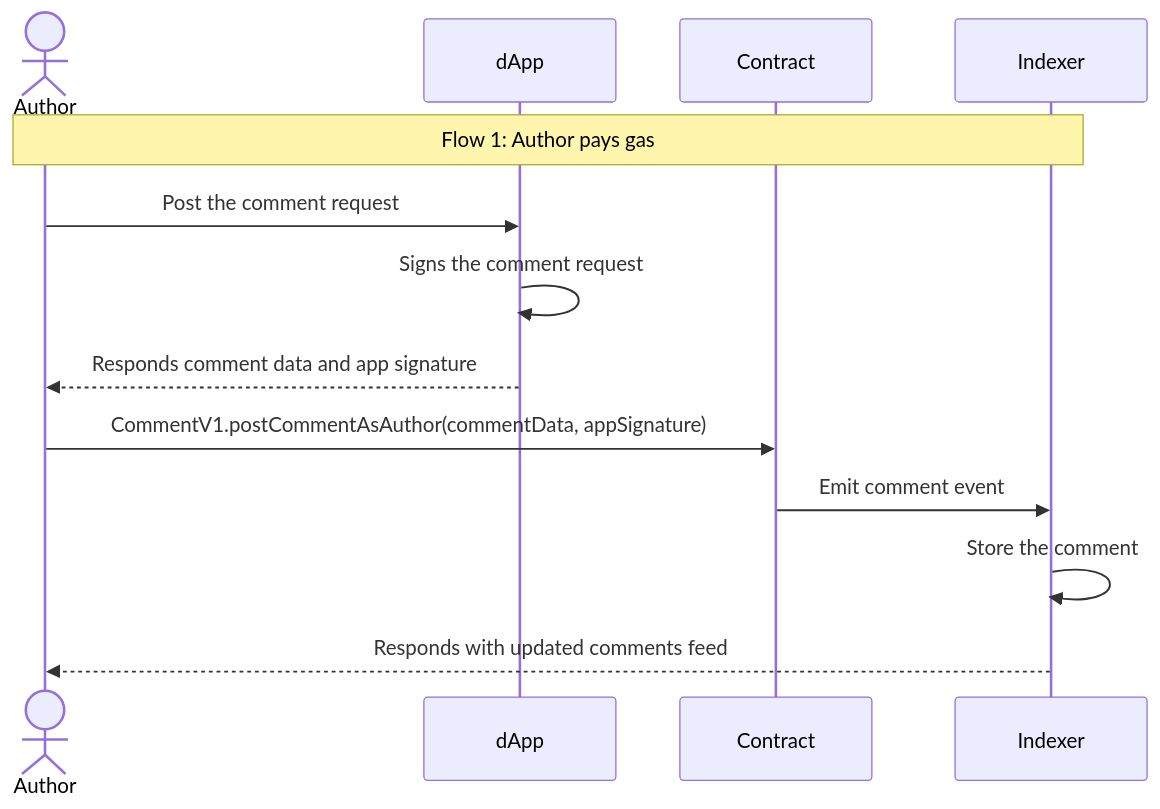
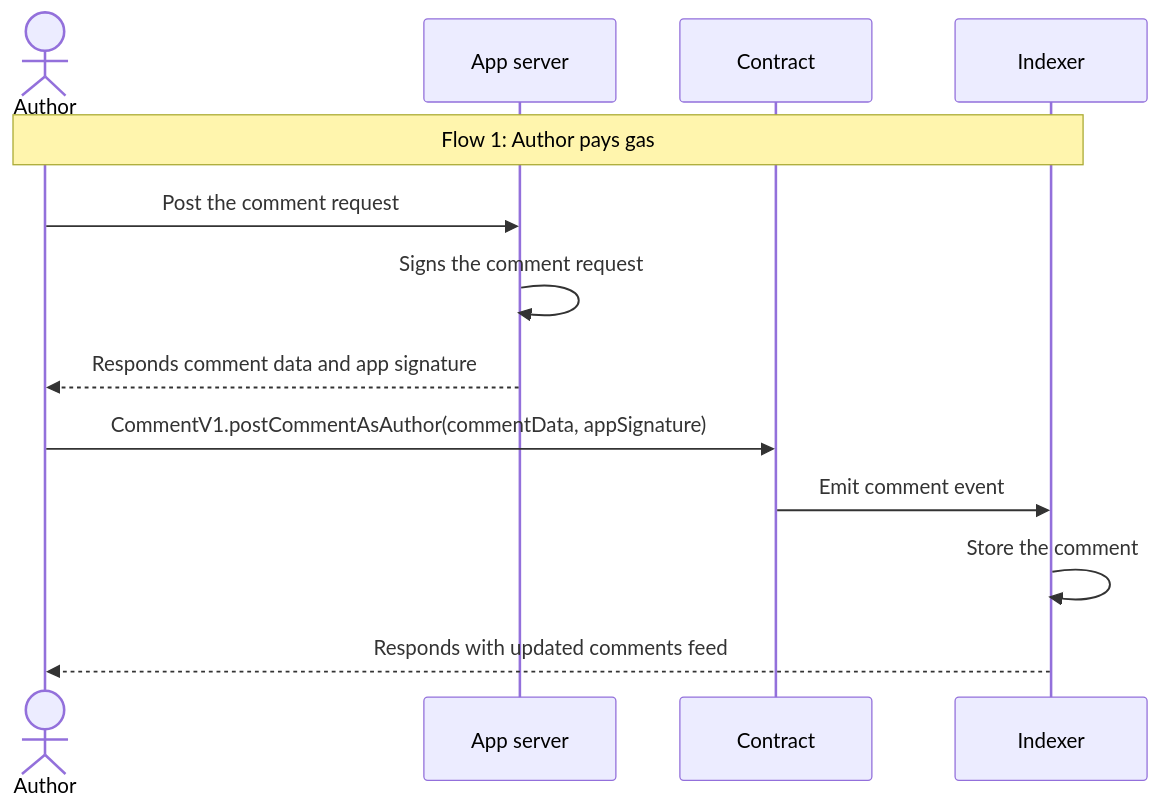
The first of 3 diagrams in docs/pages/post-comment-flow.mdx (ecp-eth/comments-monorepo), drawn with Mermaid before and after one commit. The commit also changed other lines of this file and 2 other files, not shown here.

````diff
--- a/docs/pages/post-comment-flow.mdx
+++ b/docs/pages/post-comment-flow.mdx
@@ -16,17 +16,17 @@
 ```mermaid
 sequenceDiagram
     actor Author
-    participant dApp
+    participant App server
     participant Contract
     participant Indexer
 
     %% Flow 3: Author pays gas
     Note over Author,Indexer: Flow 1: Author pays gas
-    Author->>dApp: Post the comment request
-    dApp->>dApp: Signs the comment request
-    dApp-->>Author: Responds comment data and app signature
+    Author->>App server: Post the comment request
+    App server->>App server: Signs the comment request
+    App server-->>Author: Responds comment data and app signature
     Author->>Contract: CommentV1.postCommentAsAuthor(commentData, appSignature)
     Contract->>Indexer: Emit comment event
     Indexer->>Indexer: Store the comment
     Indexer-->>Author: Responds with updated comments feed
 ```
````
